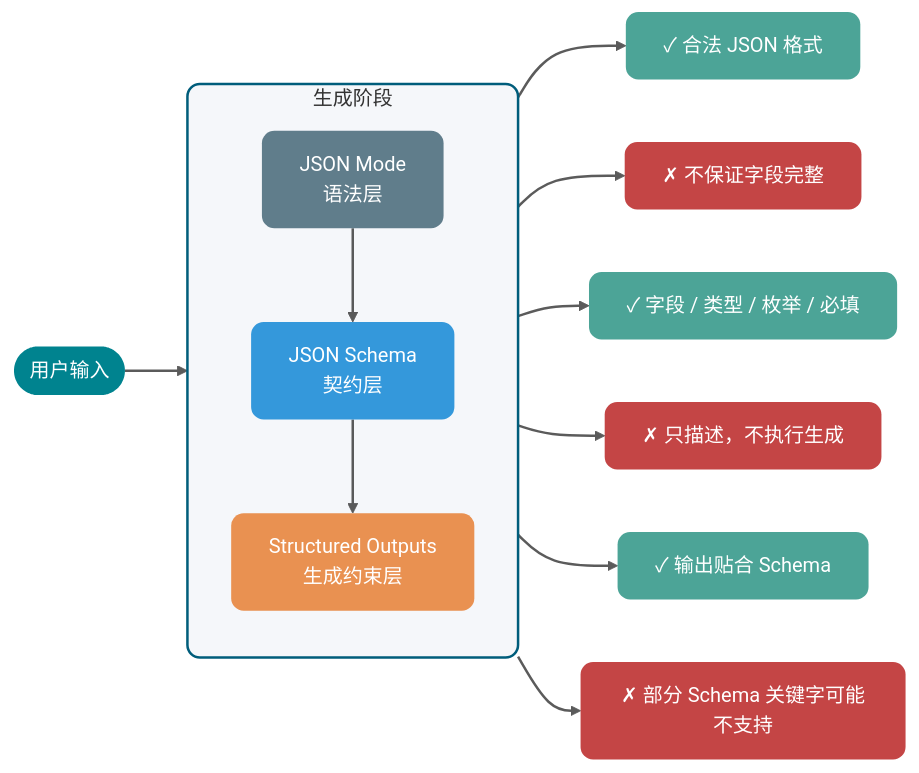
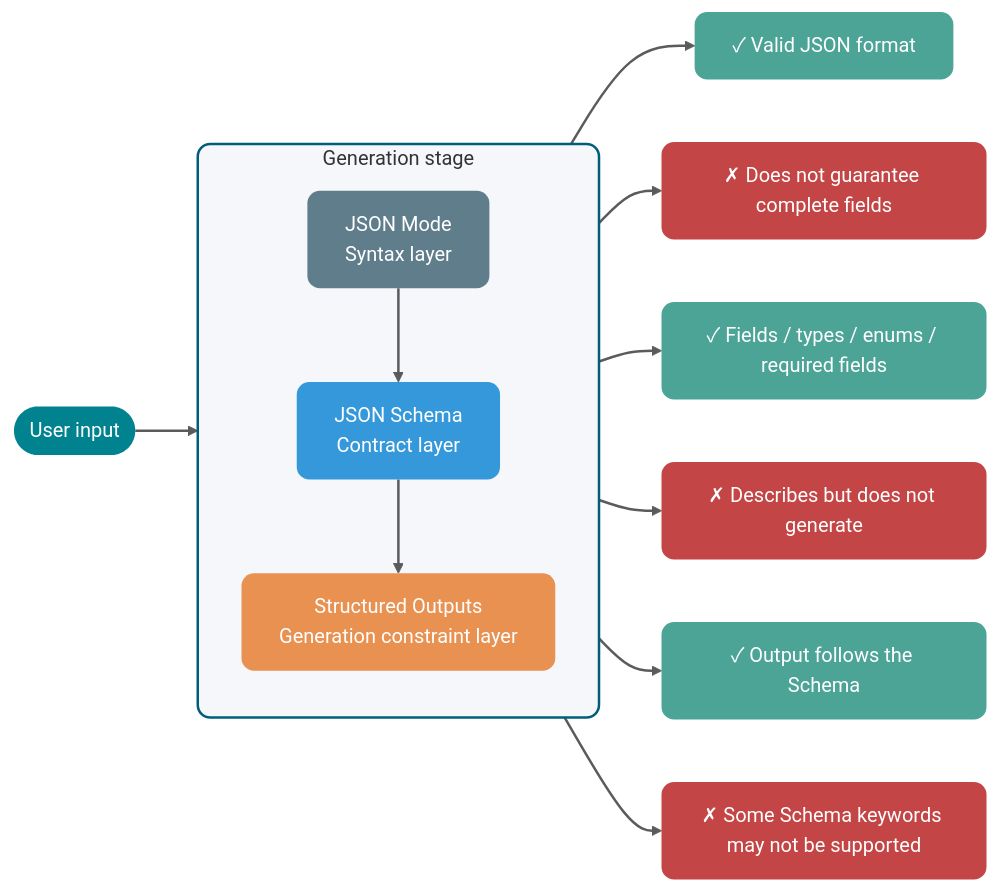
Before and after one commit to m3h3d1/JavaGuideEn: the first of 3 diagrams in docs/ai/llm-basis/structured-output-function-calling.md, drawn with Mermaid. The commit also changed other lines of this file and 108 other files, not shown here.

````diff
--- a/docs/ai/llm-basis/structured-output-function-calling.md
+++ b/docs/ai/llm-basis/structured-output-function-calling.md
@@ -229,47 +229,47 @@
 ```mermaid
 flowchart LR
-    %% ========== 配色声明 ==========
+    %% ========== Color definitions ==========
     classDef layer1 fill:#607D8B,color:#FFFFFF,stroke:none,rx:10,ry:10
     classDef layer2 fill:#3498DB,color:#FFFFFF,stroke:none,rx:10,ry:10
     classDef layer3 fill:#E99151,color:#FFFFFF,stroke:none,rx:10,ry:10
     classDef capability fill:#4CA497,color:#FFFFFF,stroke:none,rx:10,ry:10
     classDef limitation fill:#C44545,color:#FFFFFF,stroke:none,rx:10,ry:10
     classDef client fill:#00838F,color:#FFFFFF,stroke:none,rx:10,ry:10
 
-    %% ========== 层次标签（左侧）==========
-    subgraph generation["生成阶段"]
+    %% ========== Layer labels (left) ==========
+    subgraph generation["Generation stage"]
         direction TB
-        L1[JSON Mode<br/>语法层]:::layer1
-        L2[JSON Schema<br/>契约层]:::layer2
-        L3[Structured Outputs<br/>生成约束层]:::layer3
+        L1[JSON Mode<br/>Syntax layer]:::layer1
+        L2[JSON Schema<br/>Contract layer]:::layer2
+        L3[Structured Outputs<br/>Generation constraint layer]:::layer3
     end
 
-    %% ========== 能力列（中间）==========
-    C1["✓ 合法 JSON 格式"]:::capability
-    C2["✓ 字段 / 类型 / 枚举 / 必填"]:::capability
-    C3["✓ 输出贴合 Schema"]:::capability
+    %% ========== Capabilities (middle) ==========
+    C1["✓ Valid JSON format"]:::capability
+    C2["✓ Fields / types / enums / required fields"]:::capability
+    C3["✓ Output follows the Schema"]:::capability
 
-    %% ========== 限制列（右侧）==========
-    X1["✗ 不保证字段完整"]:::limitation
-    X2["✗ 只描述，不执行生成"]:::limitation
-    X3["✗ 部分 Schema 关键字可能不支持"]:::limitation
+    %% ========== Limitations (right) ==========
+    X1["✗ Does not guarantee complete fields"]:::limitation
+    X2["✗ Describes but does not generate"]:::limitation
+    X3["✗ Some Schema keywords may not be supported"]:::limitation
 
-    %% ========== 用户输入节点 ==========
-    Input([用户输入]):::client
+    %% ========== User input node ==========
+    Input([User input]):::client
 
-    %% ========== 连线：层次纵向推进 + 能力限制横向展开 ==========
+    %% ========== Connections: layers progress vertically; capabilities and limits expand horizontally ==========
     Input --> L1
     L1 --> C1
     L1 --> X1
     L2 --> C2
     L2 --> X2
     L3 --> C3
     L3 --> X3
 
     L1 --> L2
     L2 --> L3
 
-    %% ========== 样式 ==========
+    %% ========== Styles ==========
     linkStyle default stroke-width:2px,stroke:#333333,opacity:0.8
     style generation fill:#F5F7FA,color:#333333,stroke:#005D7B,stroke-width:2px,rx:10,ry:10
 ```
````
